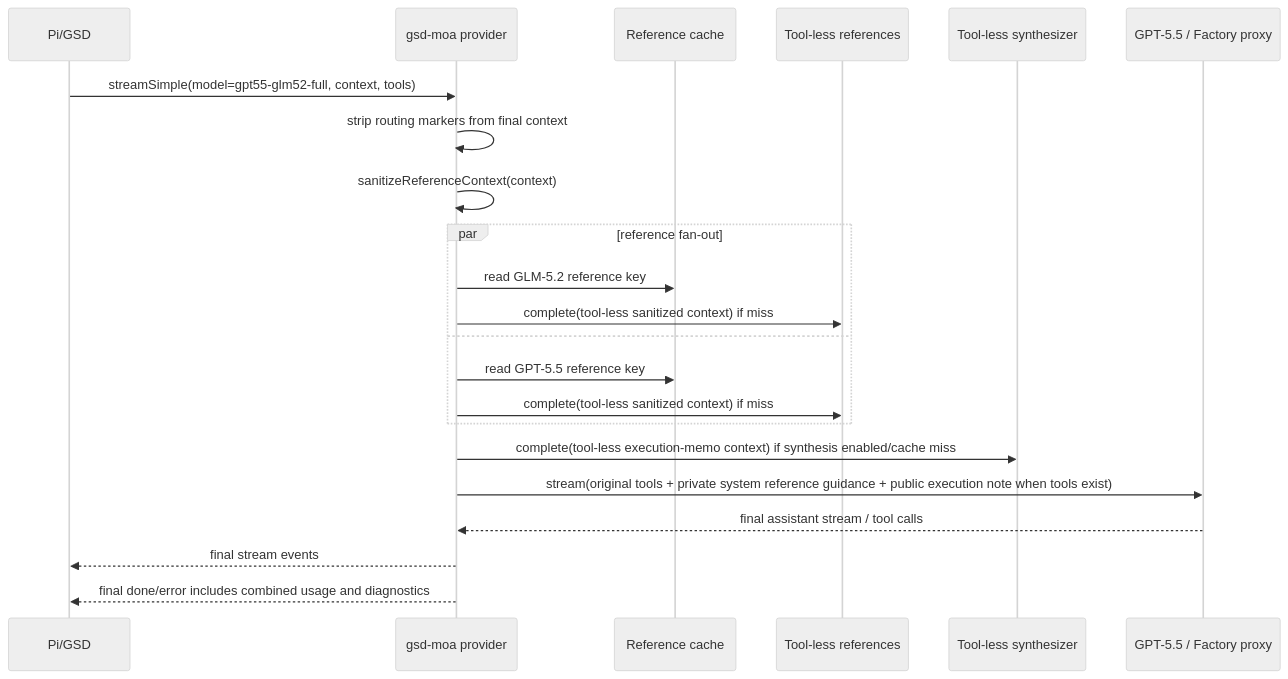
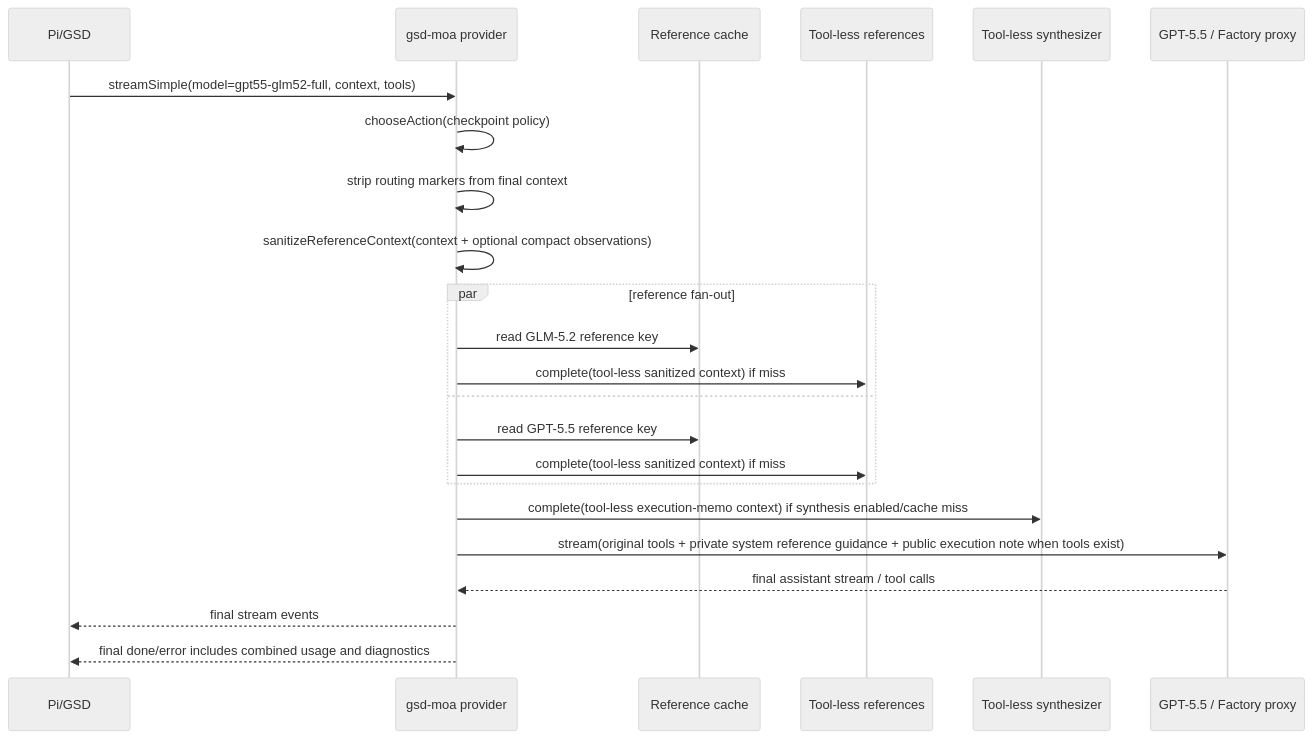
Before and after one commit to manthedan/gsd-moa: the second of 2 diagrams in docs/FULL-MOA.md, drawn with Mermaid (neutral theme). The commit also changed other lines of this file and 22 other files, not shown here.

````diff
--- a/docs/FULL-MOA.md
+++ b/docs/FULL-MOA.md
@@ -22,25 +22,26 @@
 ```mermaid
 sequenceDiagram
   participant Pi as Pi/GSD
   participant MoA as gsd-moa provider
   participant Cache as Reference cache
   participant R as Tool-less references
   participant S as Tool-less synthesizer
   participant GPT as GPT-5.5 / Factory proxy
 
   Pi->>MoA: streamSimple(model=gpt55-glm52-full, context, tools)
+  MoA->>MoA: chooseAction(checkpoint policy)
   MoA->>MoA: strip routing markers from final context
-  MoA->>MoA: sanitizeReferenceContext(context)
+  MoA->>MoA: sanitizeReferenceContext(context + optional compact observations)
   par reference fan-out
     MoA->>Cache: read GLM-5.2 reference key
     MoA->>R: complete(tool-less sanitized context) if miss
   and
     MoA->>Cache: read GPT-5.5 reference key
     MoA->>R: complete(tool-less sanitized context) if miss
   end
   MoA->>S: complete(tool-less execution-memo context) if synthesis enabled/cache miss
   MoA->>GPT: stream(original tools + private system reference guidance + public execution note when tools exist)
   GPT-->>MoA: final assistant stream / tool calls
   MoA-->>Pi: final stream events
   MoA-->>Pi: final done/error includes combined usage and diagnostics
 ```
````
